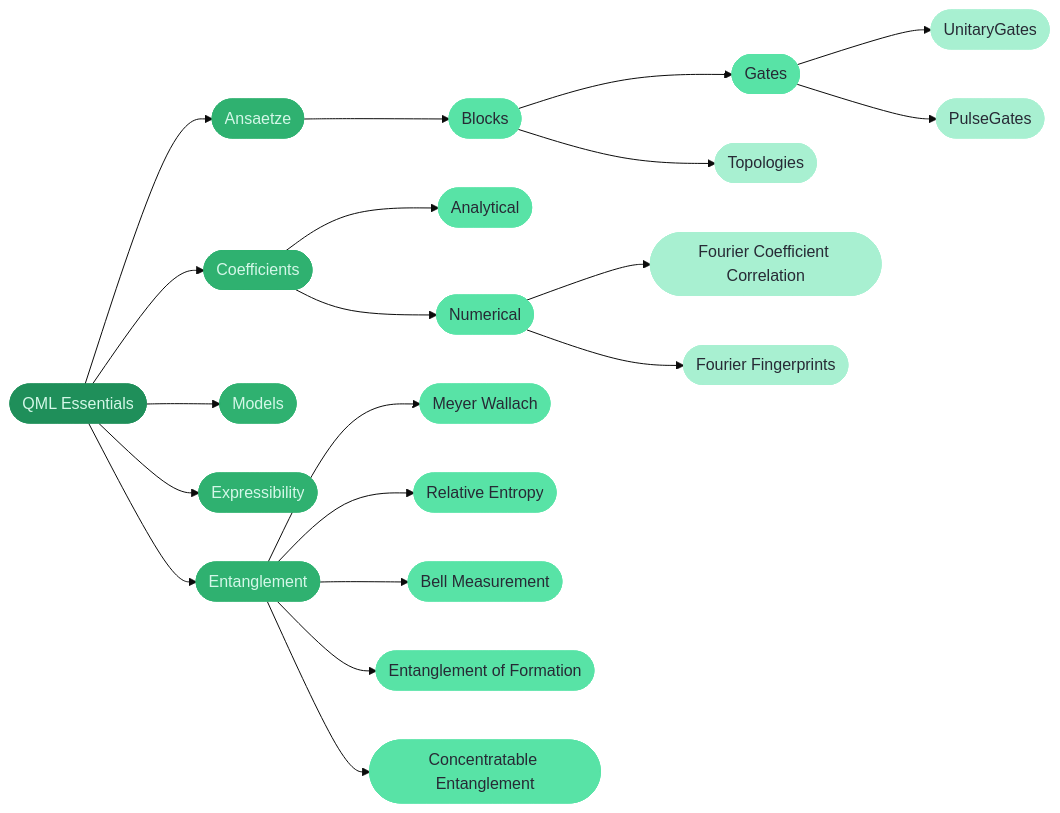
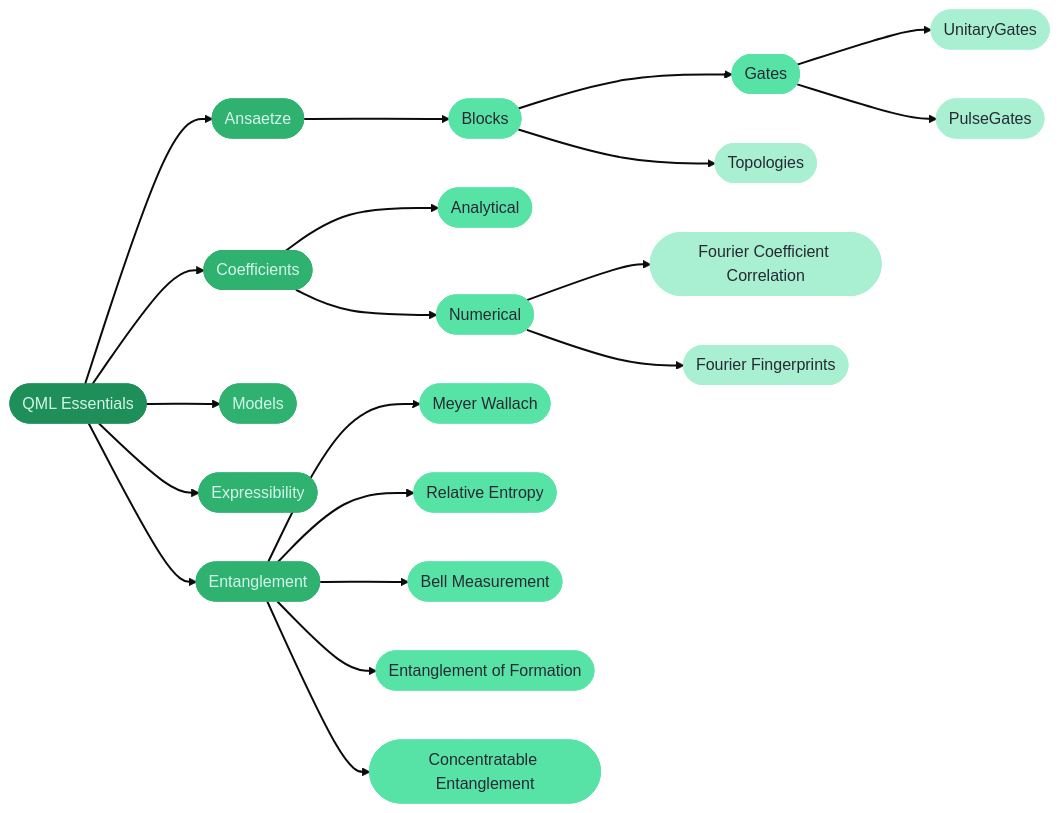
One commit to cirKITers/qml-essentials changed the diagram in README.md. Above: the diagram before and after it, drawn with Mermaid (base theme).

Commit message:
bumped line width

````diff
--- a/README.md
+++ b/README.md
@@ -40,33 +40,35 @@
 ```mermaid
 flowchart LR
     qmless([QML Essentials])
     qmless --> qmless.ansaetze([Ansaetze])
     qmless.ansaetze --> qmless.blocks([Blocks])
     qmless.blocks --> qmless.gates([Gates])
     qmless.blocks --> qmless.topo([Topologies])
     qmless.gates --> qmless.unitary([UnitaryGates])
     qmless.gates --> qmless.pulse([PulseGates])
     qmless --> qmless.coefficients([Coefficients])
     qmless.coefficients --> qmless.analytical([Analytical])
     qmless.coefficients --> qmless.numerical([Numerical])
     qmless.numerical --> qmless.fcc([Fourier Coefficient Correlation])
     qmless.numerical --> qmless.fingerprint([Fourier Fingerprints])
     qmless --> qmless.models([Models])
     qmless --> qmless.expr([Expressibility])
     qmless --> qmless.ent([Entanglement])
     qmless.ent --> qmless.mw([Meyer Wallach])
     qmless.ent --> qmless.re([Relative Entropy])
     qmless.ent --> qmless.bell([Bell Measurement])
     qmless.ent --> qmless.ef([Entanglement of Formation])
     qmless.ent --> qmless.ce([Concentratable Entanglement])
 
     classDef l1 fill:#1f8f5a,stroke:#1f8f5a,color:#d4f7e8
     classDef l2 fill:#2fb170,stroke:#2fb170,color:#d4f7e8
     classDef l3 fill:#58e3a6,stroke:#58e3a6,color:#272a35
     classDef l4 fill:#a8f0d1,stroke:#a8f0d1,color:#272a35
 
+    linkStyle default stroke-width:2px
+
     class qmless l1
     class qmless.ansaetze,qmless.coefficients,qmless.models,qmless.expr,qmless.ent l2
     class qmless.blocks,qmless.gates,qmless.numerical,qmless.analytical,qmless.mw,qmless.bell,qmless.ef,qmless.re,qmless.ce l3
     class qmless.unitary,qmless.pulse,qmless.topo,qmless.fcc,qmless.fingerprint l4
 ```
````
